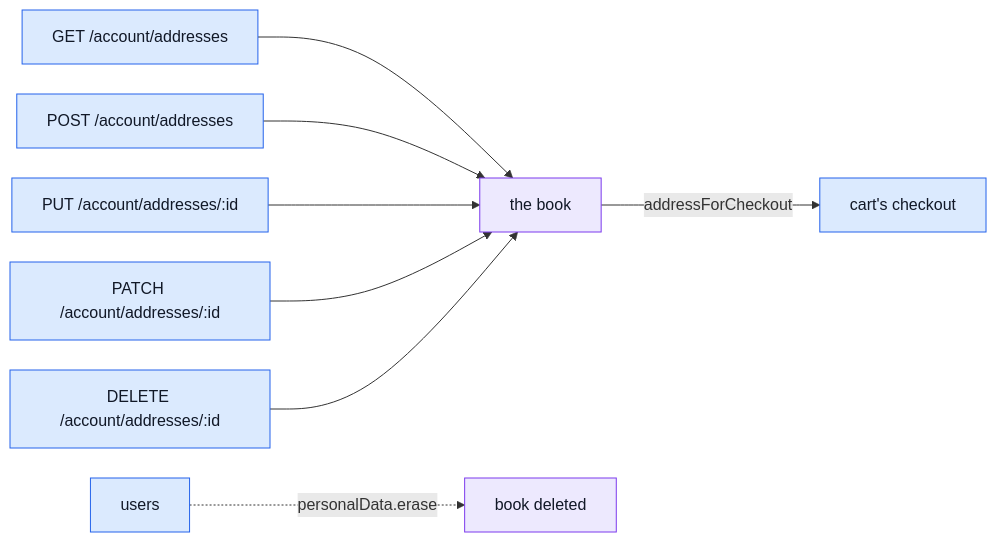
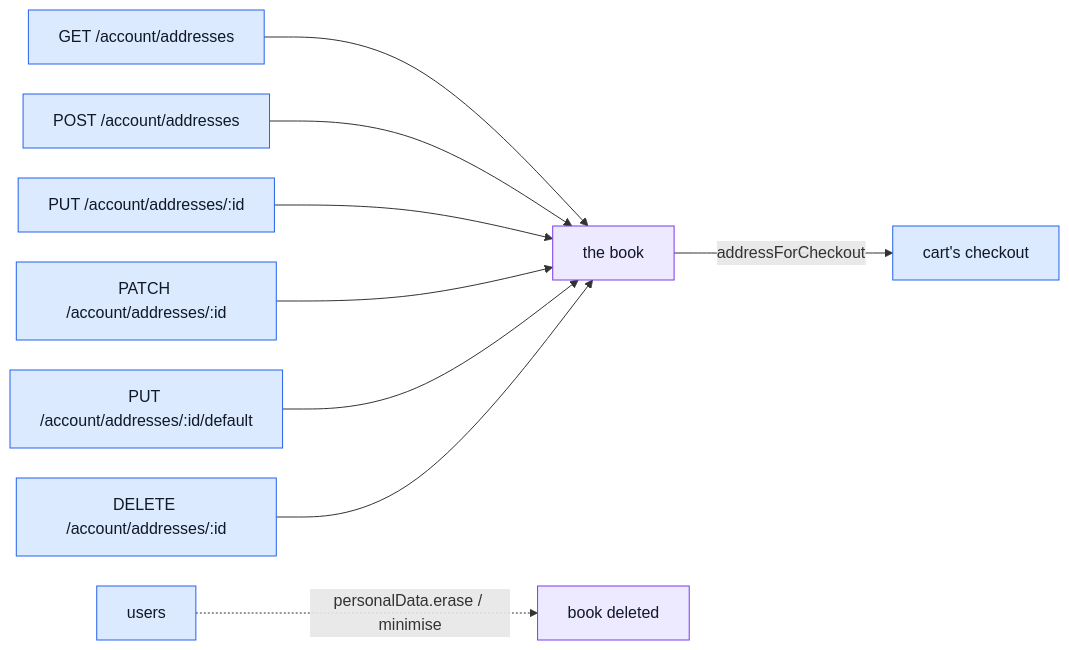
The second of 2 diagrams in docs/modules/addresses.md (Guebbit/boilerplate-node-backend), drawn with Mermaid before and after one commit. The commit also changed other lines of this file and 130 other files, not shown here.

````diff
--- a/docs/modules/addresses.md
+++ b/docs/modules/addresses.md
@@ -68,18 +68,19 @@
 ```mermaid
 %%{init: {'flowchart': {'nodeSpacing': 30, 'rankSpacing': 55}}}%%
 flowchart LR
     G["GET /account/addresses"] --> B["the book"]
     A["POST /account/addresses"] --> B
     U["PUT /account/addresses/:id"] --> B
     PA["PATCH /account/addresses/:id"] --> B
+    DF["PUT /account/addresses/:id/default"] --> B
     D["DELETE /account/addresses/:id"] --> B
     B -->|"addressForCheckout"| C["cart's checkout"]
-    US["users"] -. "personalData.erase" .-> X["book deleted"]
+    US["users"] -. "personalData.erase / minimise" .-> X["book deleted"]
 
     classDef entry fill:#dbeafe,stroke:#2563eb,color:#111827;
     classDef own fill:#ede9fe,stroke:#7c3aed,color:#111827;
     classDef peer fill:#dbeafe,stroke:#2563eb,color:#111827;
-    class G,A,U,PA,D entry;
+    class G,A,U,PA,DF,D entry;
     class B,X own;
     class C,US peer;
 ```
````
